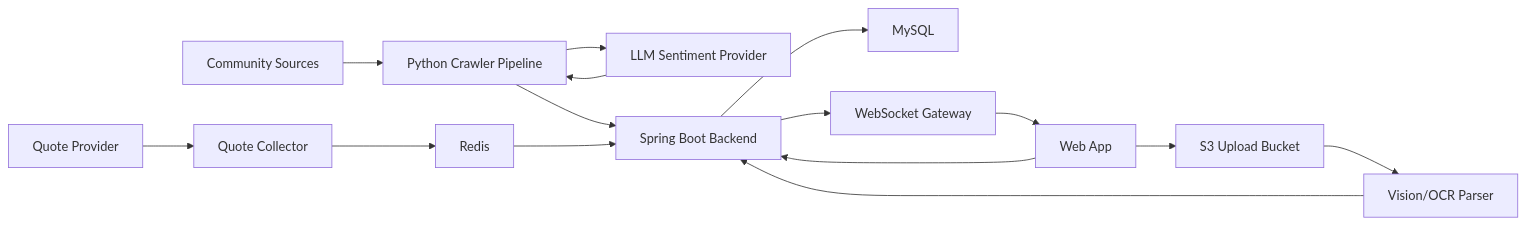
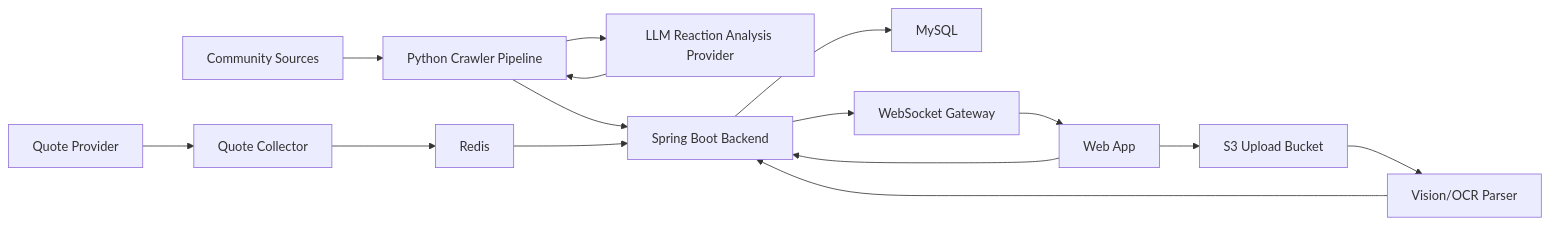
Before and after one commit to 99hyuk/YouBuyFirst_RealEstate: the diagram in docs/FINAL_PRODUCT_PLAN.md, drawn with Mermaid. The commit also changed other lines of this file and 22 other files, not shown here.

````diff
--- a/docs/FINAL_PRODUCT_PLAN.md
+++ b/docs/FINAL_PRODUCT_PLAN.md
@@ -177,17 +186,17 @@
 ```mermaid
 flowchart LR
     C["Community Sources"] --> W["Python Crawler Pipeline"]
-    W --> L["LLM Sentiment Provider"]
+    W --> L["LLM Reaction Analysis Provider"]
     L --> W
     W --> B["Spring Boot Backend"]
     Q["Quote Provider"] --> QS["Quote Collector"]
     QS --> R["Redis"]
     R --> B
     B --> DB["MySQL"]
     B --> WS["WebSocket Gateway"]
     WS --> UI["Web App"]
     UI --> B
     S3["S3 Upload Bucket"] --> V["Vision/OCR Parser"]
     UI --> S3
     V --> B
 ```
````
